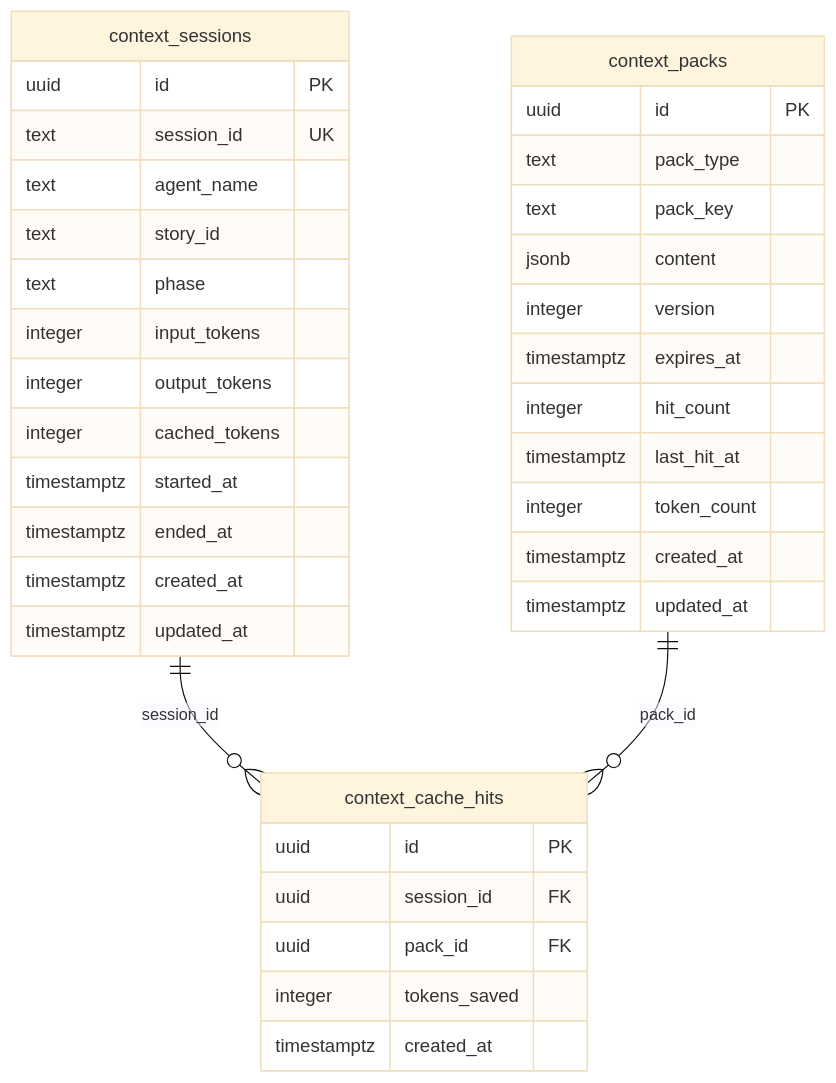
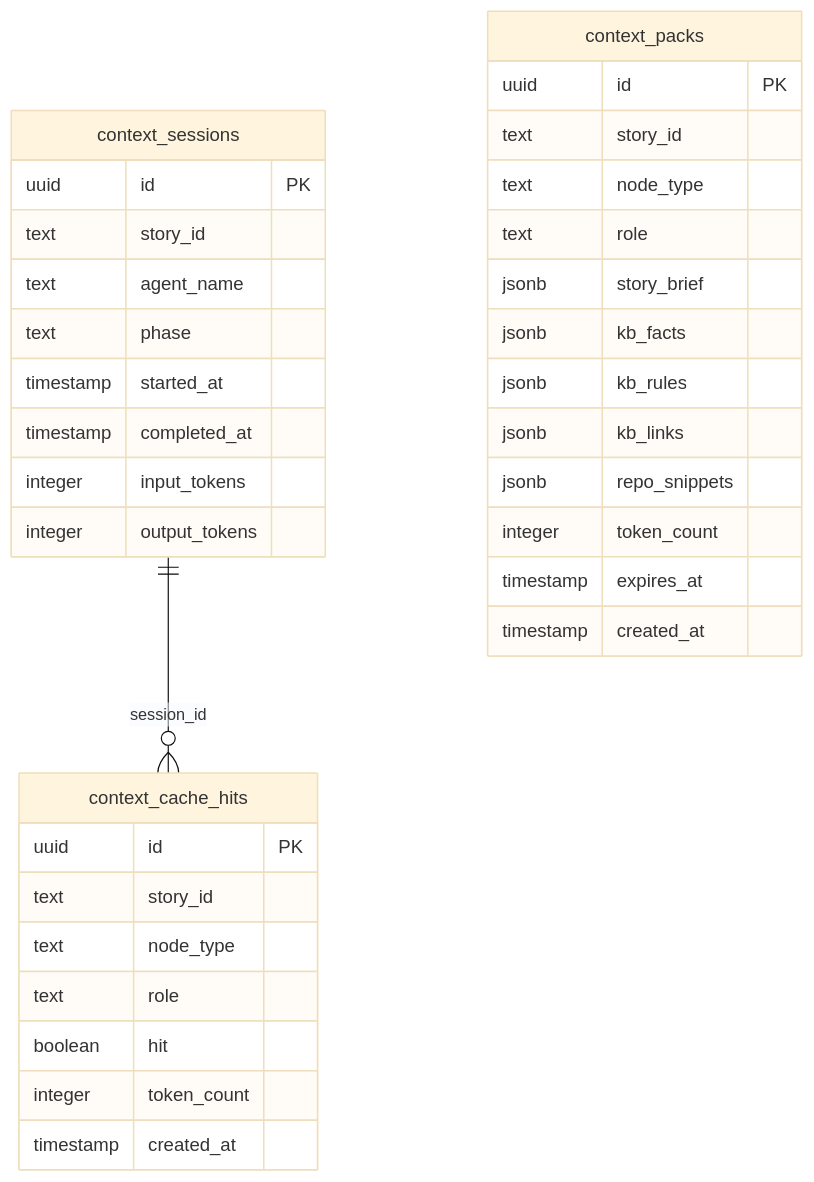
The ninth of 9 diagrams in knowledgebase-erd.md (michael-menard/monorepo), drawn with Mermaid (base theme) before and after one commit. The commit also changed other lines of this file and 51 other files, not shown here.

````diff
--- a/knowledgebase-erd.md
+++ b/knowledgebase-erd.md
@@ -395,42 +535,40 @@
 ```mermaid
 erDiagram
     context_sessions ||--o{ context_cache_hits : "session_id"
-    context_packs ||--o{ context_cache_hits : "pack_id"
 
     context_packs {
         uuid id PK
-        text pack_type
-        text pack_key
-        jsonb content
-        integer version
-        timestamptz expires_at
-        integer hit_count
-        timestamptz last_hit_at
+        text story_id
+        text node_type
+        text role
+        jsonb story_brief
+        jsonb kb_facts
+        jsonb kb_rules
+        jsonb kb_links
+        jsonb repo_snippets
         integer token_count
-        timestamptz created_at
-        timestamptz updated_at
+        timestamp expires_at
+        timestamp created_at
     }
 
     context_sessions {
         uuid id PK
-        text session_id UK
+        text story_id
         text agent_name
-        text story_id
         text phase
+        timestamp started_at
+        timestamp completed_at
         integer input_tokens
         integer output_tokens
-        integer cached_tokens
-        timestamptz started_at
-        timestamptz ended_at
-        timestamptz created_at
-        timestamptz updated_at
     }
 
     context_cache_hits {
         uuid id PK
-        uuid session_id FK
-        uuid pack_id FK
-        integer tokens_saved
-        timestamptz created_at
+        text story_id
+        text node_type
+        text role
+        boolean hit
+        integer token_count
+        timestamp created_at
     }
 ```
````
